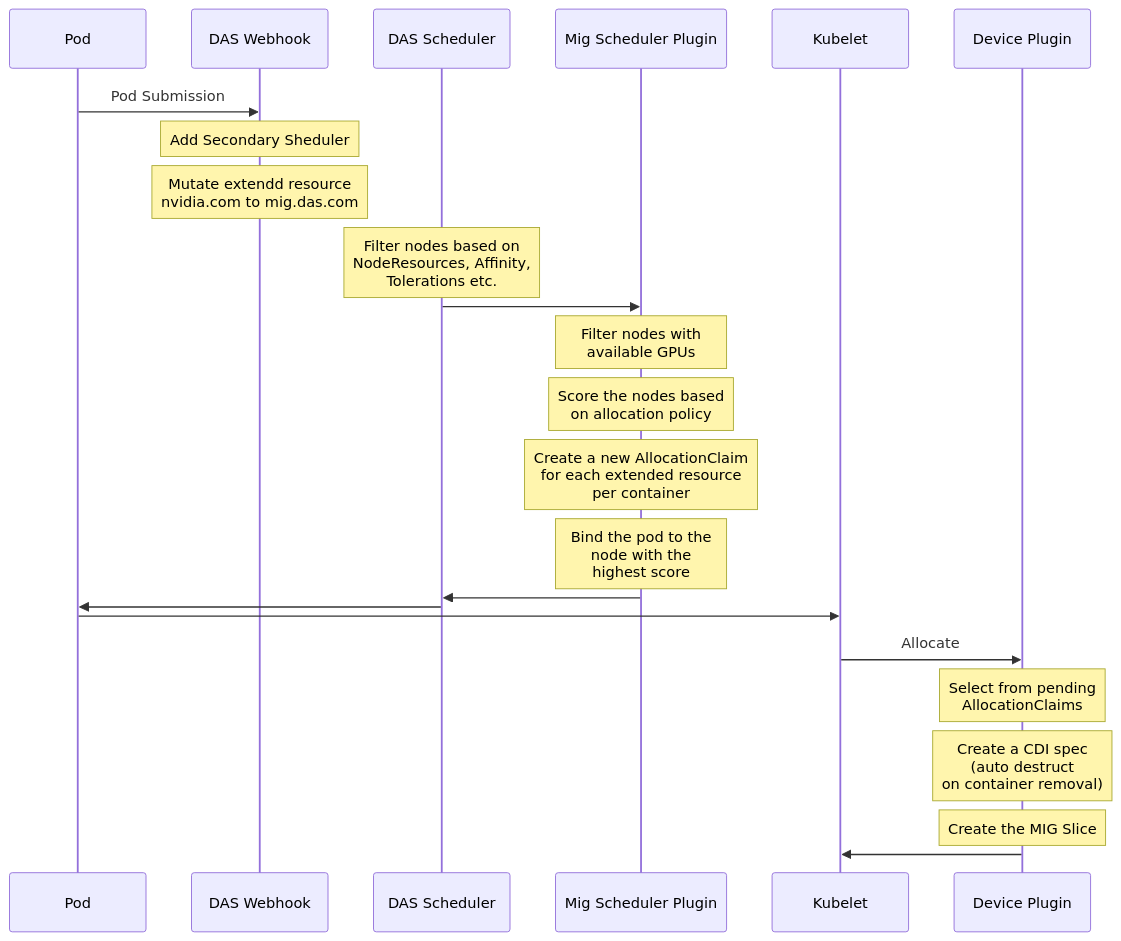
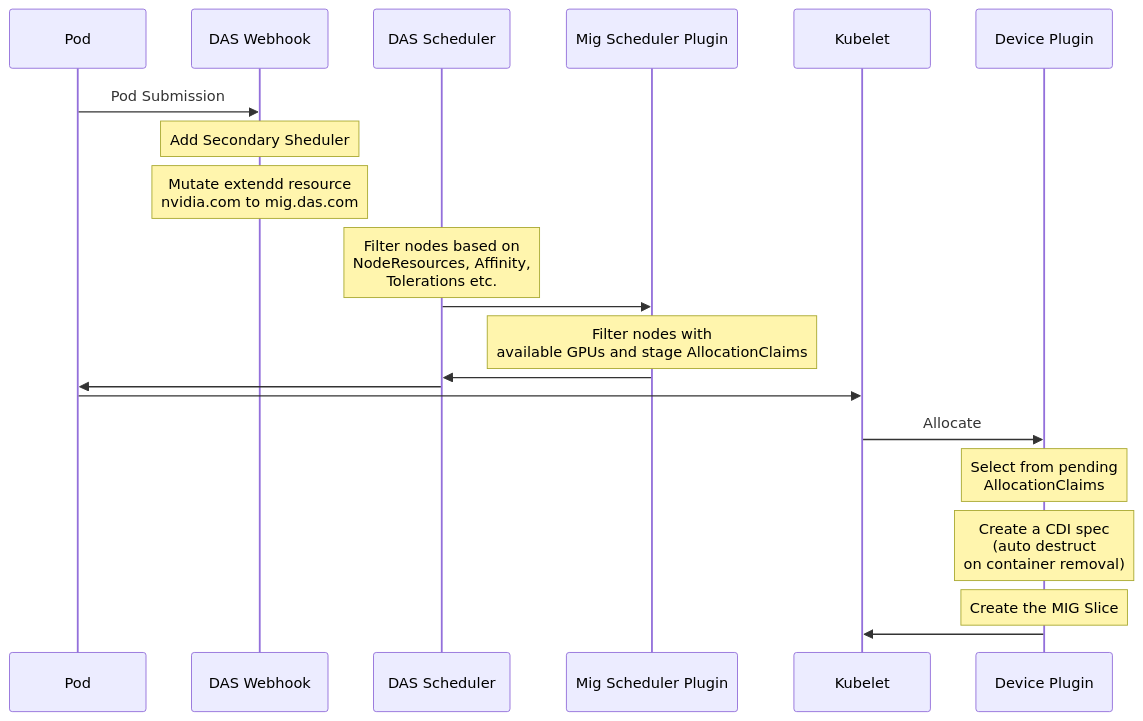
The diagram in README.md (openshift/instaslice-operator), drawn with Mermaid before and after one commit. The commit also changed other lines of this file and 4 other files, not shown here.

Commit message:
Move AllocationClaim creation to Filter

````diff
--- a/README.md
+++ b/README.md
@@ -17,31 +17,28 @@
 ```mermaid
 sequenceDiagram
     participant Pod
     participant DAS Webhook
     participant DAS Scheduler
     participant Mig Scheduler Plugin
     participant Kubelet
     participant Device Plugin
 
     Pod->>DAS Webhook: Pod Submission
     Note over DAS Webhook: Add Secondary Sheduler
     Note over DAS Webhook: Mutate extendd resource <br/> nvidia.com  to mig.das.com
 
     Note over DAS Scheduler: Filter nodes based on <br/> NodeResources, Affinity, <br/> Tolerations etc.
     DAS Scheduler->>Mig Scheduler Plugin:
 
-    Note over Mig Scheduler Plugin: Filter nodes with <br/> available GPUs
-    Note over Mig Scheduler Plugin: Score the nodes based <br/> on allocation policy
-    Note over Mig Scheduler Plugin: Create a new AllocationClaim <br/> for each extended resource <br/> per container
-    Note over Mig Scheduler Plugin: Bind the pod to the <br/> node with the <br/>highest score
+    Note over Mig Scheduler Plugin: Filter nodes with <br/> available GPUs and stage AllocationClaims
     Mig Scheduler Plugin->>DAS Scheduler:
     DAS Scheduler->>Pod:
     Pod->>Kubelet:
 
     Kubelet ->> Device Plugin: Allocate
     Note over Device Plugin: Select from pending <br/>AllocationClaims
     Note over Device Plugin: Create a CDI spec <br/>(auto destruct <br/>on container removal)
     Note over Device Plugin: Create the MIG Slice
 
     Device Plugin ->> Kubelet:
 ```
````
